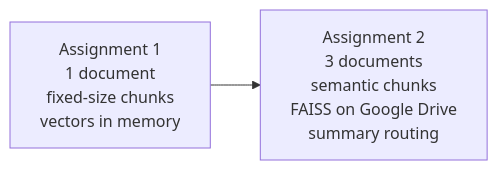
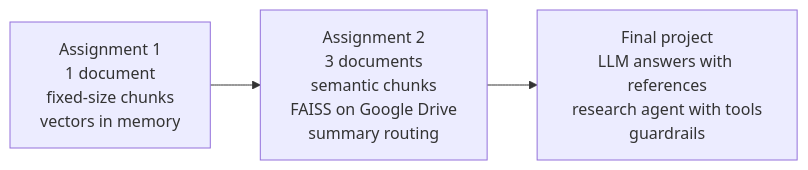
Before and after one commit to nxull9/semantic-search-rag-pipeline: the diagram in README.md, drawn with Mermaid. The commit also changed other lines of this file and 2 other files, not shown here.

Commit message:
docs: list the final project and prepare v4.0.0 changelog

````diff
--- a/README.md
+++ b/README.md
@@ -21,4 +22,5 @@
 ```mermaid
 flowchart LR
     A1["Assignment 1<br/>1 document<br/>fixed-size chunks<br/>vectors in memory"] --> A2["Assignment 2<br/>3 documents<br/>semantic chunks<br/>FAISS on Google Drive<br/>summary routing"]
+    A2 --> FP["Final project<br/>LLM answers with references<br/>research agent with tools<br/>guardrails"]
 ```
````
